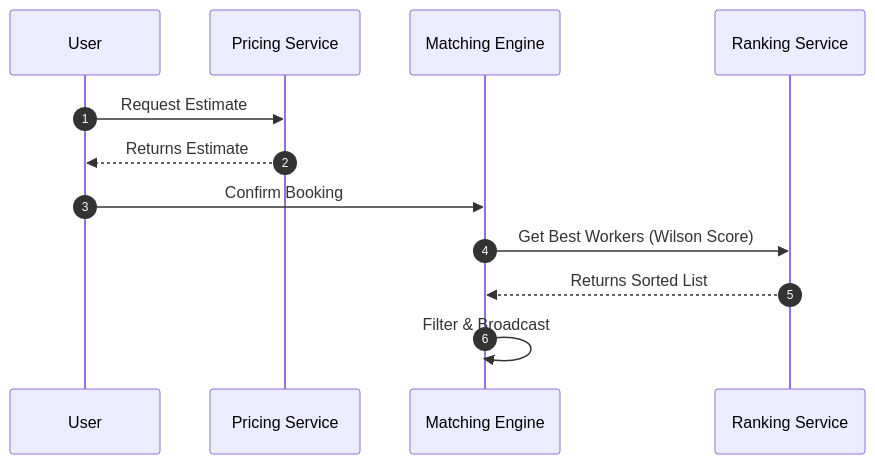
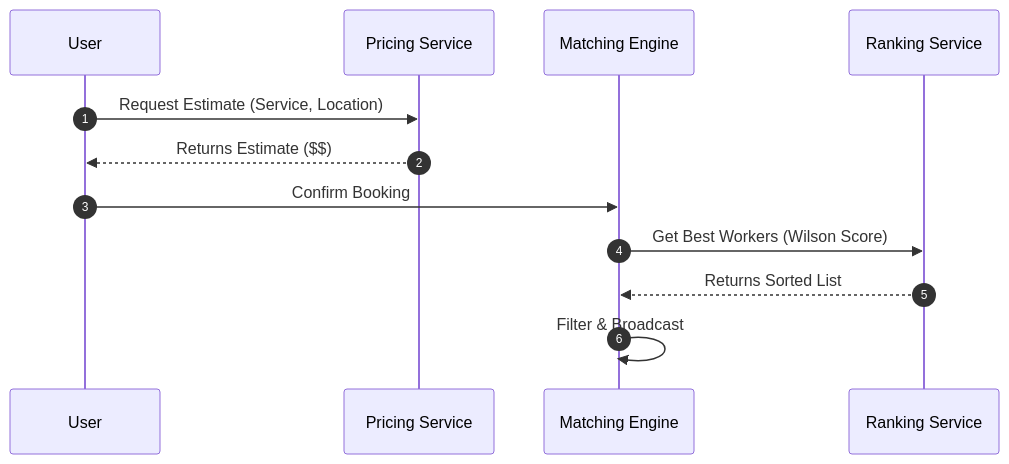
Before and after one commit to Somilg11/oddigo-v2: the second of 4 diagrams in docs_detailed_flows/detailed/DATA_FLOW_DIAGRAMS.md, drawn with Mermaid. The commit also changed other lines of this file and 1 other file, not shown here.

````diff
--- a/docs_detailed_flows/detailed/DATA_FLOW_DIAGRAMS.md
+++ b/docs_detailed_flows/detailed/DATA_FLOW_DIAGRAMS.md
@@ -32,16 +39,16 @@
 ```mermaid
 sequenceDiagram
     autonumber
     participant User
     participant PricingEngine as Pricing Service
     participant Match as Matching Engine
     participant Rank as Ranking Service
 
-    User->>PricingEngine: Request Estimate
-    PricingEngine-->>User: Returns Estimate
+    User->>PricingEngine: Request Estimate (Service, Location)
+    PricingEngine-->>User: Returns Estimate ($$)
     
     User->>Match: Confirm Booking
     Match->>Rank: Get Best Workers (Wilson Score)
     Rank-->>Match: Returns Sorted List
     Match->>Match: Filter & Broadcast
 ```
````
